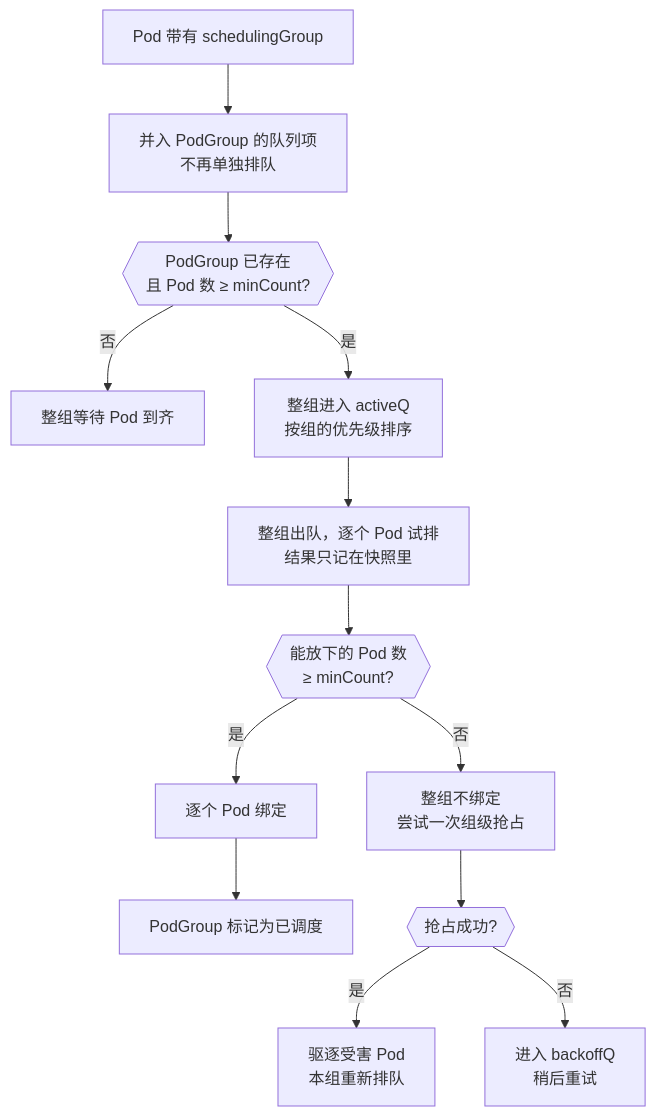
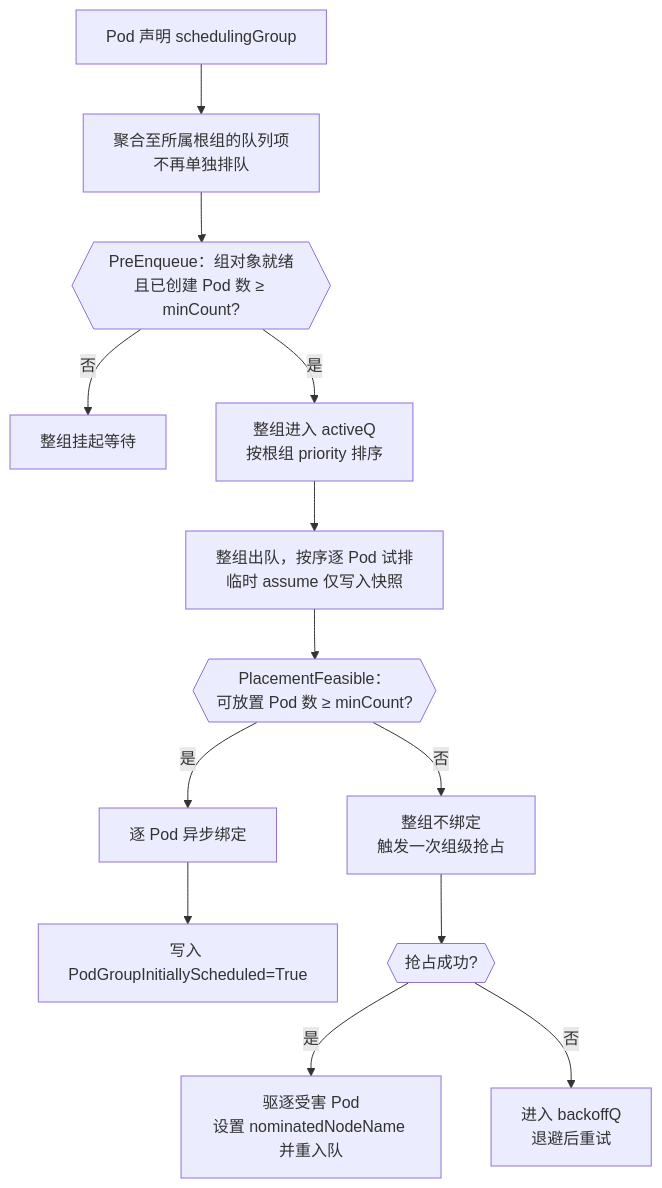
Before and after one commit to JesseStutler/volcano: the second of 11 diagrams in docs/research/k8s-workload-aware-scheduling-vs-volcano-cn.md, drawn with Mermaid. The commit also changed other lines of this file and 1 other file, not shown here.

````diff
--- a/docs/research/k8s-workload-aware-scheduling-vs-volcano-cn.md
+++ b/docs/research/k8s-workload-aware-scheduling-vs-volcano-cn.md
@@ -135,15 +130,15 @@
 ```mermaid
 flowchart TD
-    A["Pod 带有 schedulingGroup"] --> B["并入 PodGroup 的队列项<br/>不再单独排队"]
-    B --> C{{"PodGroup 已存在<br/>且 Pod 数 ≥ minCount?"}}
-    C -- 否 --> D["整组等待 Pod 到齐"]
-    C -- 是 --> E["整组进入 activeQ<br/>按组的优先级排序"]
-    E --> F["整组出队，逐个 Pod 试排<br/>结果只记在快照里"]
-    F --> G{{"能放下的 Pod 数<br/>≥ minCount?"}}
-    G -- 是 --> H["逐个 Pod 绑定"]
-    H --> I["PodGroup 标记为已调度"]
-    G -- 否 --> J["整组不绑定<br/>尝试一次组级抢占"]
+    A["Pod 声明 schedulingGroup"] --> B["聚合至所属根组的队列项<br/>不再单独排队"]
+    B --> C{{"PreEnqueue：组对象就绪<br/>且已创建 Pod 数 ≥ minCount?"}}
+    C -- 否 --> D["整组挂起等待"]
+    C -- 是 --> E["整组进入 activeQ<br/>按根组 priority 排序"]
+    E --> F["整组出队，按序逐 Pod 试排<br/>临时 assume 仅写入快照"]
+    F --> G{{"PlacementFeasible：<br/>可放置 Pod 数 ≥ minCount?"}}
+    G -- 是 --> H["逐 Pod 异步绑定"]
+    H --> I["写入 PodGroupInitiallyScheduled=True"]
+    G -- 否 --> J["整组不绑定<br/>触发一次组级抢占"]
     J --> K{{"抢占成功?"}}
-    K -- 是 --> L["驱逐受害 Pod<br/>本组重新排队"]
-    K -- 否 --> M["进入 backoffQ<br/>稍后重试"]
+    K -- 是 --> L["驱逐受害 Pod<br/>设置 nominatedNodeName 并重入队"]
+    K -- 否 --> M["进入 backoffQ<br/>退避后重试"]
 ```
````
